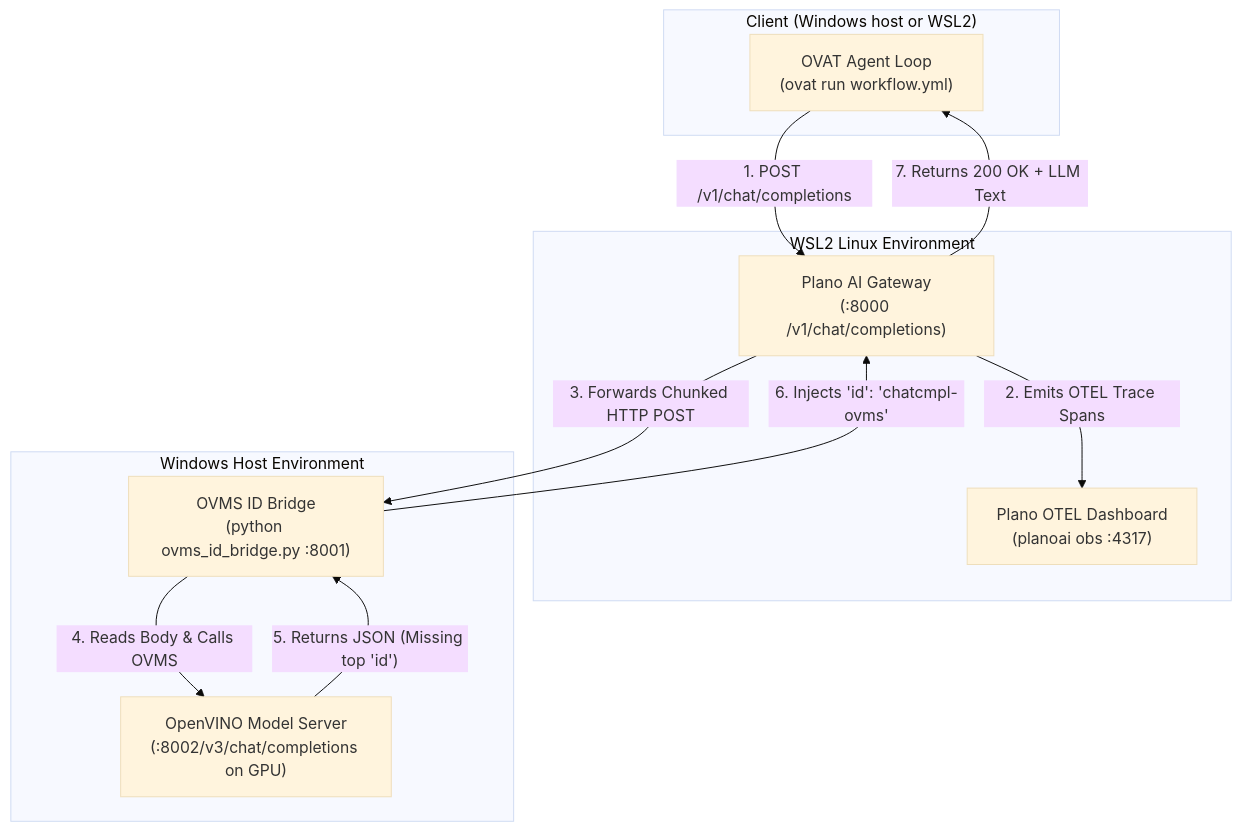
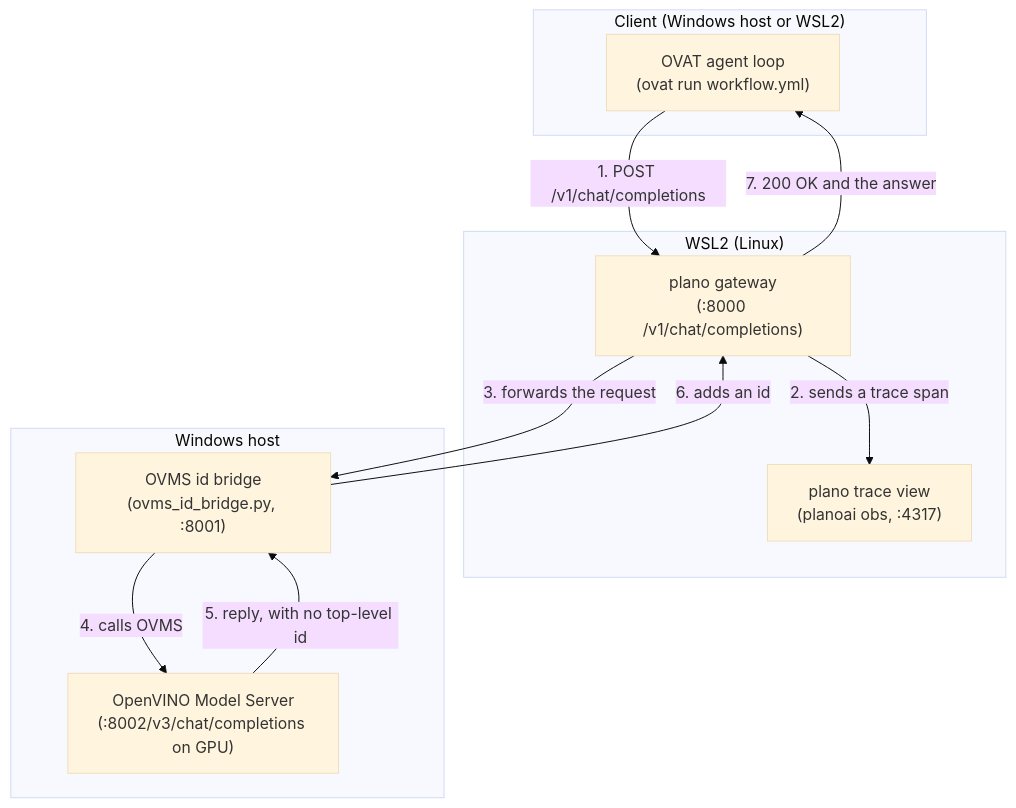
The diagram in examples/plano/README.md (Lagmator22/ovat), drawn with Mermaid (base theme) before and after one commit. The commit also changed other lines of this file and 3 other files, not shown here.

First line of the commit message:
docs(examples): simpler example READMEs with diagrams and current behaviour

````diff
--- a/examples/plano/README.md
+++ b/examples/plano/README.md
@@ -26,24 +19,24 @@
 ```mermaid
 flowchart TD
     subgraph Client ["Client (Windows host or WSL2)"]
-        OVAT["OVAT Agent Loop<br/>(ovat run workflow.yml)"]
+        OVAT["OVAT agent loop<br/>(ovat run workflow.yml)"]
     end
 
-    subgraph WSL2 ["WSL2 Linux Environment"]
-        Plano["Plano AI Gateway<br/>(:8000 /v1/chat/completions)"]
-        Obs["Plano OTEL Dashboard<br/>(planoai obs :4317)"]
+    subgraph WSL2 ["WSL2 (Linux)"]
+        Plano["plano gateway<br/>(:8000 /v1/chat/completions)"]
+        Obs["plano trace view<br/>(planoai obs, :4317)"]
     end
 
-    subgraph WinHost ["Windows Host Environment"]
-        Bridge["OVMS ID Bridge<br/>(python ovms_id_bridge.py :8001)"]
+    subgraph WinHost ["Windows host"]
+        Bridge["OVMS id bridge<br/>(ovms_id_bridge.py, :8001)"]
         OVMS["OpenVINO Model Server<br/>(:8002/v3/chat/completions on GPU)"]
     end
 
     OVAT -->|"1. POST /v1/chat/completions"| Plano
-    Plano -->|"2. Emits OTEL Trace Spans"| Obs
-    Plano -->|"3. Forwards Chunked HTTP POST"| Bridge
-    Bridge -->|"4. Reads Body & Calls OVMS"| OVMS
-    OVMS -->|"5. Returns JSON (Missing top 'id')"| Bridge
-    Bridge -->|"6. Injects 'id': 'chatcmpl-ovms'"| Plano
-    Plano -->|"7. Returns 200 OK + LLM Text"| OVAT
+    Plano -->|"2. sends a trace span"| Obs
+    Plano -->|"3. forwards the request"| Bridge
+    Bridge -->|"4. calls OVMS"| OVMS
+    OVMS -->|"5. reply, with no top-level id"| Bridge
+    Bridge -->|"6. adds an id"| Plano
+    Plano -->|"7. 200 OK and the answer"| OVAT
 ```
````
